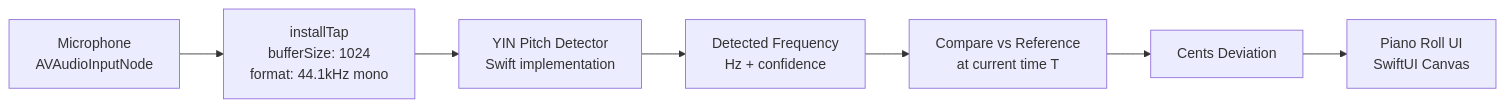
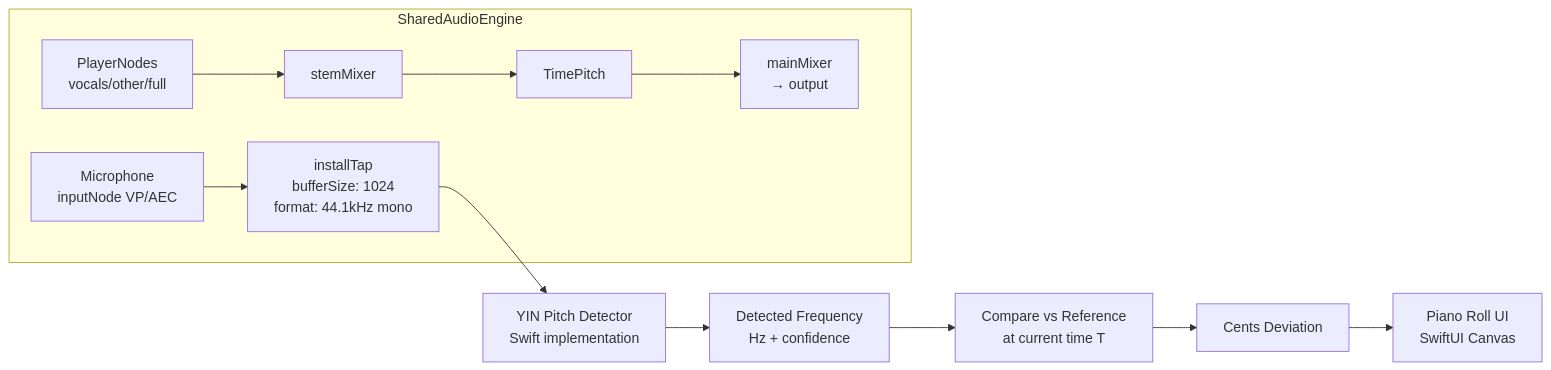
Before and after one commit to pawelgawliczek/intonavio: the first of 4 diagrams in docs/06-realtime-pitch.md, drawn with Mermaid. The commit also changed other lines of this file and 18 other files, not shown here.

First line of the commit message:
Merge StemPlayer + PitchDetector into shared AudioEngine for AEC

````diff
--- a/docs/06-realtime-pitch.md
+++ b/docs/06-realtime-pitch.md
@@ -11,9 +13,12 @@
 ```mermaid
 graph LR
-    Mic[Microphone<br/>AVAudioInputNode] --> Tap[installTap<br/>bufferSize: 1024<br/>format: 44.1kHz mono]
+    subgraph SharedAudioEngine
+        Mic[Microphone<br/>inputNode VP/AEC] --> Tap[installTap<br/>bufferSize: 1024<br/>format: 44.1kHz mono]
+        Players[PlayerNodes<br/>vocals/other/full] --> Mixer[stemMixer] --> TP[TimePitch] --> Out[mainMixer<br/>→ output]
+    end
     Tap --> YIN[YIN Pitch Detector<br/>Swift implementation]
     YIN --> Freq[Detected Frequency<br/>Hz + confidence]
     Freq --> Compare[Compare vs Reference<br/>at current time T]
     Compare --> Cents[Cents Deviation]
     Cents --> UI[Piano Roll UI<br/>SwiftUI Canvas]
 ```
````
